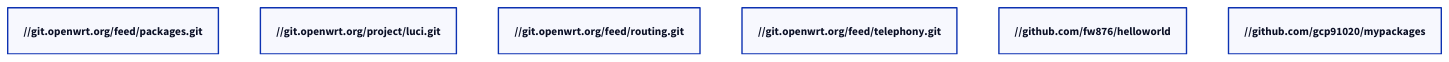
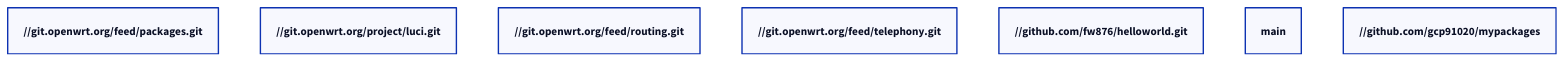
The diagram in feeds.conf.d2 (gcp91020/myRouters), drawn with D2 before and after one commit.

```diff
--- a/feeds.conf.d2
+++ b/feeds.conf.d2
@@ -1,12 +1,13 @@
 src-git packages https://git.openwrt.org/feed/packages.git
 src-git luci https://git.openwrt.org/project/luci.git
 src-git routing https://git.openwrt.org/feed/routing.git
 src-git telephony https://git.openwrt.org/feed/telephony.git
-src-git helloworld https://github.com/fw876/helloworld
-#src-git helloworld https://github.com/gcp91020/helloworld
+src-git helloworld https://github.com/fw876/helloworld.git;main
 src-git mypackage https://github.com/gcp91020/mypackages
 
+#src-git helloworld https://github.com/gcp91020/helloworld
+#src-git helloworld https://github.com/fw876/helloworld
 #src-git video https://github.com/openwrt/video.git
 #src-git targets https://github.com/openwrt/targets.git
 #src-git oldpackages http://git.openwrt.org/packages.git
 #src-link custom /usr/src/openwrt/custom-feed
```
